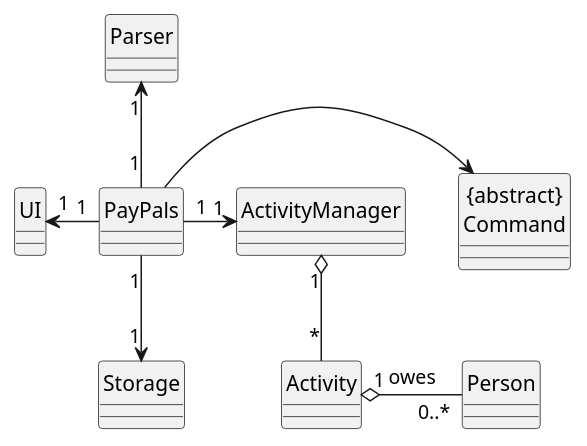
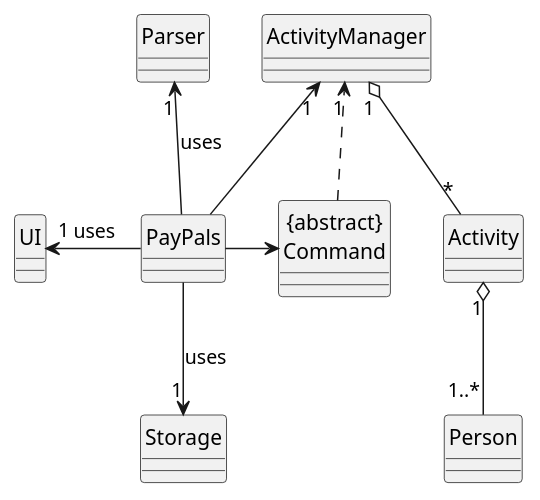
One commit to jing-yen/tp changed the diagram in docs/diagrams/main.puml. Above: the diagram before and after it, drawn with PlantUML. The commit also changed 4 other files, not shown here.

Commit message:
Update UML diagrams

```diff
--- a/docs/diagrams/main.puml
+++ b/docs/diagrams/main.puml
@@ -1,22 +1,23 @@
 @startuml
 skinparam classAttributeIconSize 0
 hide circle
 
 class PayPals
 class "{abstract}\nCommand"
 class UI
 class Storage
 class Parser
 class ActivityManager
 class Activity
 class Person
 
 PayPals -> "{abstract}\nCommand"
-PayPals "1" -d-> "1" Storage
-PayPals "1" -l-> "1" UI
-PayPals "1" -u-> "1" Parser
-PayPals "1"-> "1" ActivityManager
+PayPals -d-> "1" Storage : uses
+PayPals -l-> "1" UI : uses
+PayPals -u-> "1" Parser : uses
+PayPals -u-> "1" ActivityManager
 ActivityManager "1" o-- "*" Activity
-Activity "1" o-r- "0..*" Person : owes
+Activity "1" o-- "1..*" Person
+"{abstract}\nCommand" ..> "1" ActivityManager
 
 @enduml
```
